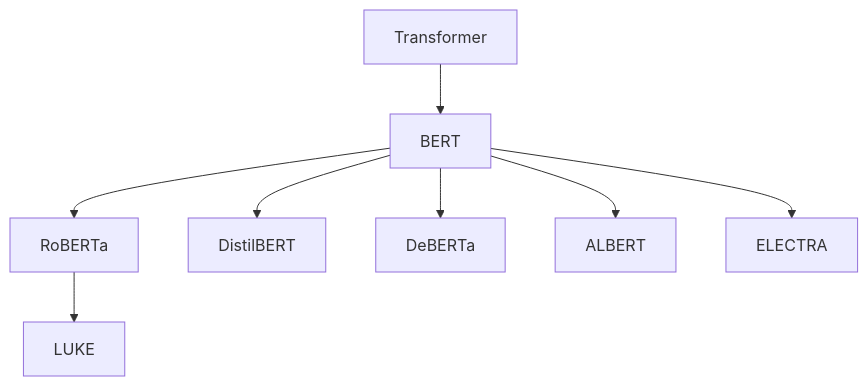
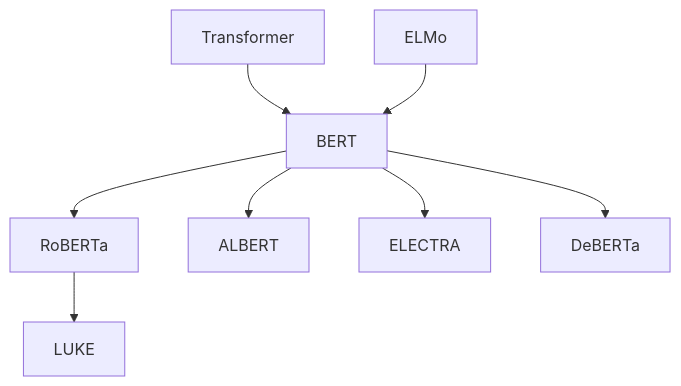
Before and after one commit to ted-sharp/chatvox: the fourth of 10 diagrams in doc/llm.md, drawn with Mermaid. The commit also changed other lines of this file, not shown here.

````diff
--- a/doc/llm.md
+++ b/doc/llm.md
@@ -114,9 +184,9 @@
 ```mermaid
 flowchart
 
-Transformer --> BERT --> RoBERTa --> LUKE
-BERT --> DistilBERT
-BERT --> DeBERTa
+Transformer --> BERT
+ELMo --> BERT --> RoBERTa --> LUKE
 BERT --> ALBERT
 BERT --> ELECTRA
+BERT --> DeBERTa
 ```
````
